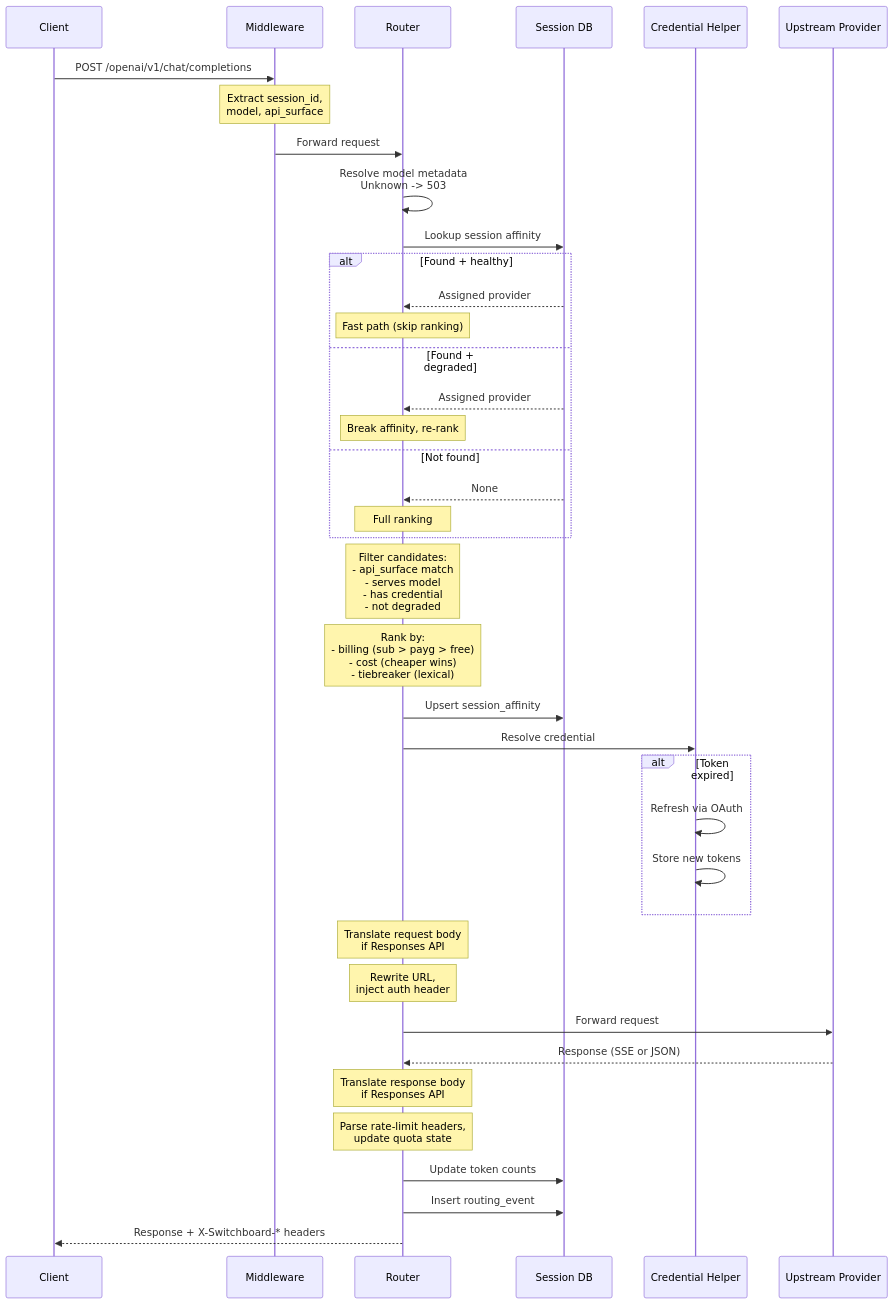
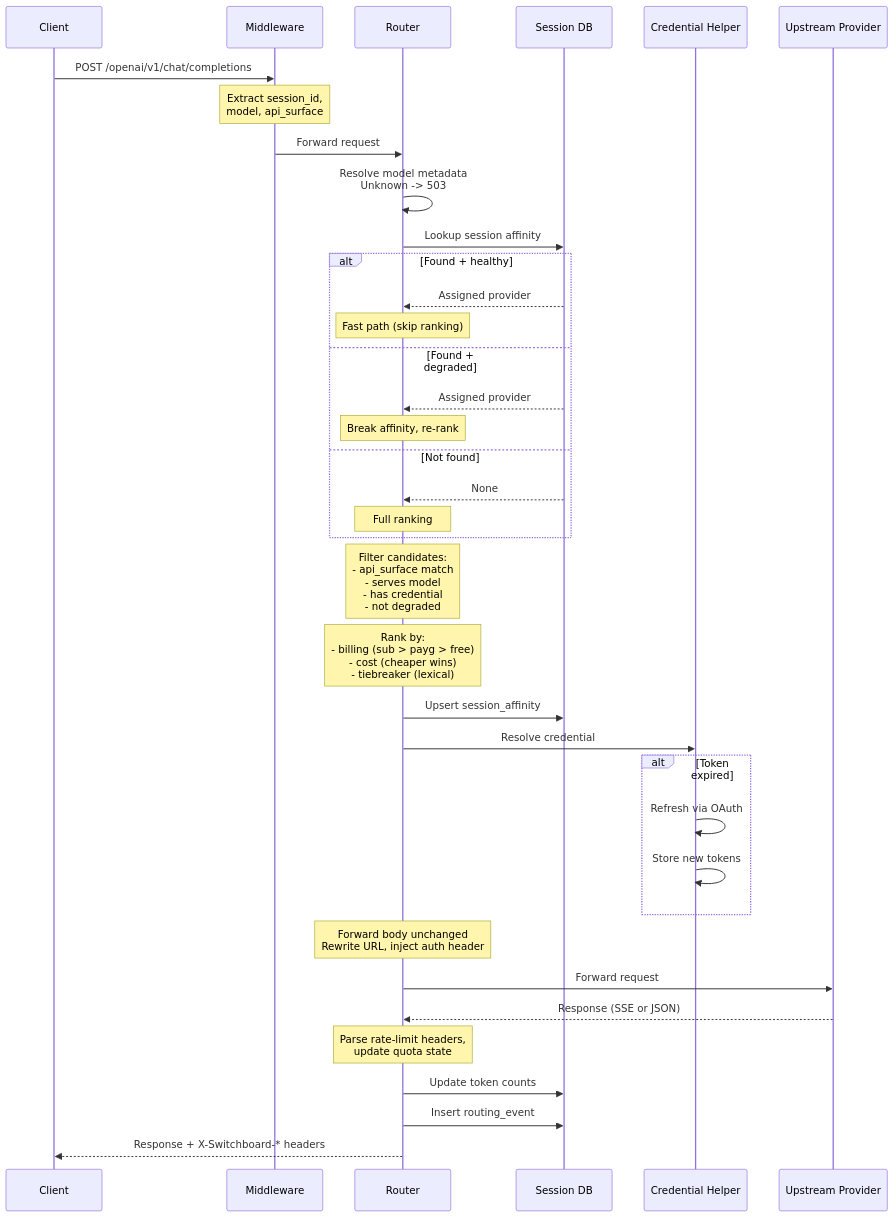
The third of 3 diagrams in docs/docs/dev/switchboard/architecture.mdx (throwparty/agentkit), drawn with Mermaid before and after one commit. The commit also changed other lines of this file and 7 other files, not shown here.

````diff
--- a/docs/docs/dev/switchboard/architecture.mdx
+++ b/docs/docs/dev/switchboard/architecture.mdx
@@ -135,50 +133,48 @@
 ```mermaid
 sequenceDiagram
     participant C as Client
     participant M as Middleware
     participant R as Router
     participant SDB as Session DB
     participant CH as Credential Helper
     participant UP as Upstream Provider
 
     C->>M: POST /openai/v1/chat/completions
     Note over M: Extract session_id,<br/>model, api_surface
 
     M->>R: Forward request
     R->>R: Resolve model metadata<br/>Unknown -> 503
 
     R->>SDB: Lookup session affinity
     alt Found + healthy
         SDB-->>R: Assigned provider
         Note over R: Fast path (skip ranking)
     else Found + degraded
         SDB-->>R: Assigned provider
         Note over R: Break affinity, re-rank
     else Not found
         SDB-->>R: None
         Note over R: Full ranking
     end
 
     Note over R: Filter candidates:<br/>- api_surface match<br/>- serves model<br/>- has credential<br/>- not degraded
     Note over R: Rank by:<br/>- billing (sub > payg > free)<br/>- cost (cheaper wins)<br/>- tiebreaker (lexical)
 
     R->>SDB: Upsert session_affinity
     R->>CH: Resolve credential
     alt Token expired
         CH->>CH: Refresh via OAuth
         CH->>CH: Store new tokens
     end
 
-    Note over R: Translate request body<br/>if Responses API
-    Note over R: Rewrite URL,<br/>inject auth header
+    Note over R: Forward body unchanged<br/>Rewrite URL, inject auth header
 
     R->>UP: Forward request
     UP-->>R: Response (SSE or JSON)
 
-    Note over R: Translate response body<br/>if Responses API
     Note over R: Parse rate-limit headers,<br/>update quota state
 
     R->>SDB: Update token counts
     R->>SDB: Insert routing_event
     R-->>C: Response + X-Switchboard-* headers
 ```
````
